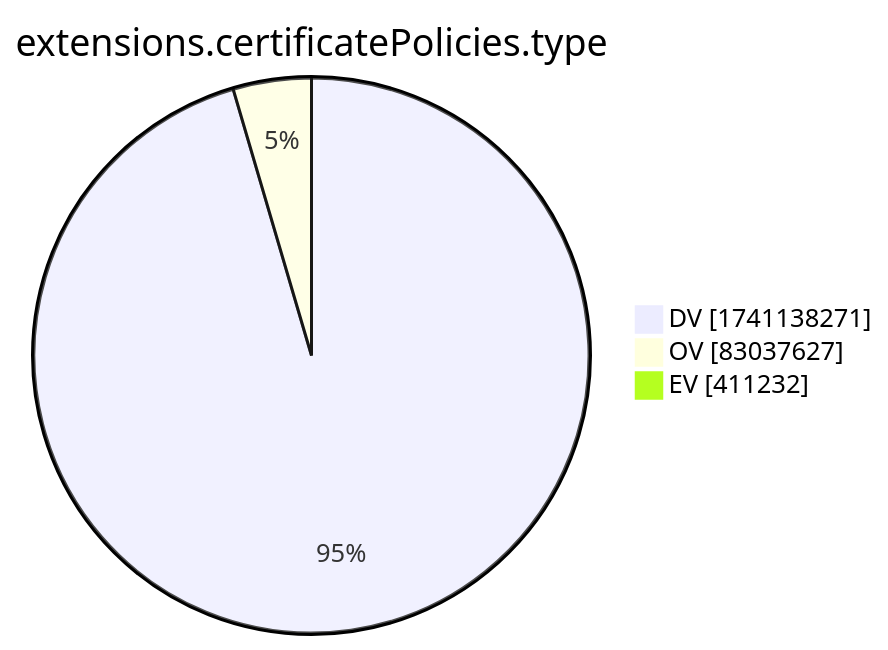
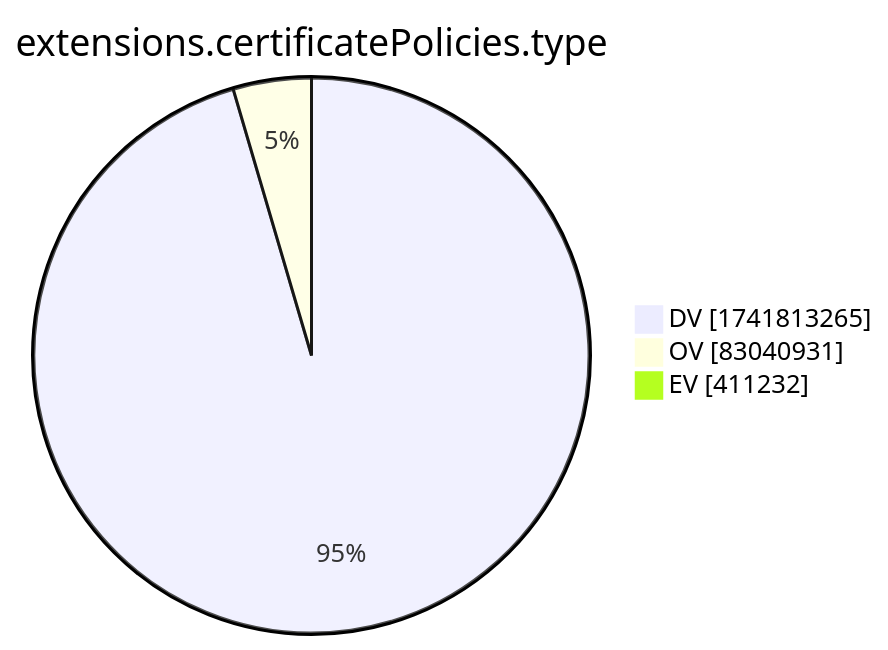
One commit to christiankrug/ctmonitor_visualization changed the tenth of 15 diagrams in xenon2022/README.md. Above: the diagram before and after it, drawn with Mermaid. The commit also changed other lines of this file, not shown here.

````diff
--- a/xenon2022/README.md
+++ b/xenon2022/README.md
@@ -2881,7 +2881,7 @@
 ```mermaid
 pie showData
 title extensions.certificatePolicies.type
-"DV" :1741138271
-"OV" :83037627
+"DV" :1741813265
+"OV" :83040931
 "EV" :411232
 ```
````
